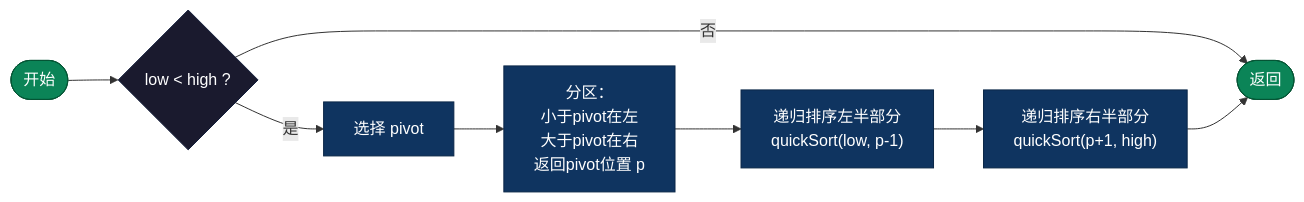
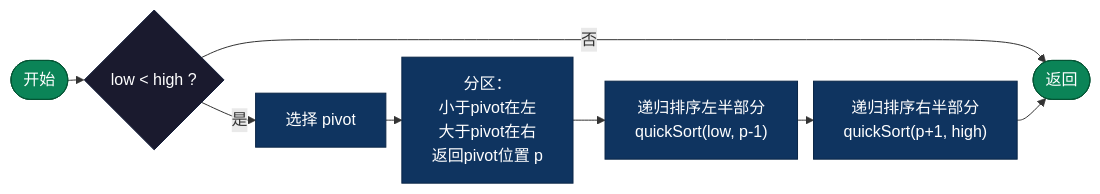
One commit to microwind/algorithms changed the seventh of 14 diagrams in sorting/AI-Era-Top-10-Sorting-Algorithms.md. Above: the diagram before and after it, drawn with Mermaid. The commit also changed other lines of this file and 3 other files, not shown here.

````diff
--- a/sorting/AI-Era-Top-10-Sorting-Algorithms.md
+++ b/sorting/AI-Era-Top-10-Sorting-Algorithms.md
@@ -398,18 +405,19 @@
 ```mermaid
+%%{init: {'flowchart': {'nodeSpacing': 15, 'rankSpacing': 16, 'padding': 15}}}%%
 graph LR
     S(["开始"]) --> CHK{"low < high ?"}
     CHK -->|"否"| END(["返回"])
     CHK -->|"是"| PIVOT["选择 pivot"]
     PIVOT --> PART["分区：\n小于pivot在左\n大于pivot在右\n返回pivot位置 p"]
     PART --> LEFT["递归排序左半部分\nquickSort(low, p-1)"]
     LEFT --> RIGHT["递归排序右半部分\nquickSort(p+1, high)"]
     RIGHT --> END
 
     classDef start fill:#0b8457,color:#fff,stroke:#065535
     classDef decision fill:#1a1a2e,color:#fff,stroke:#16213e
     classDef process fill:#0f3460,color:#fff,stroke:#0a2647
 
     class S,END start
     class CHK decision
     class PIVOT,PART,LEFT,RIGHT process
 ```
````
